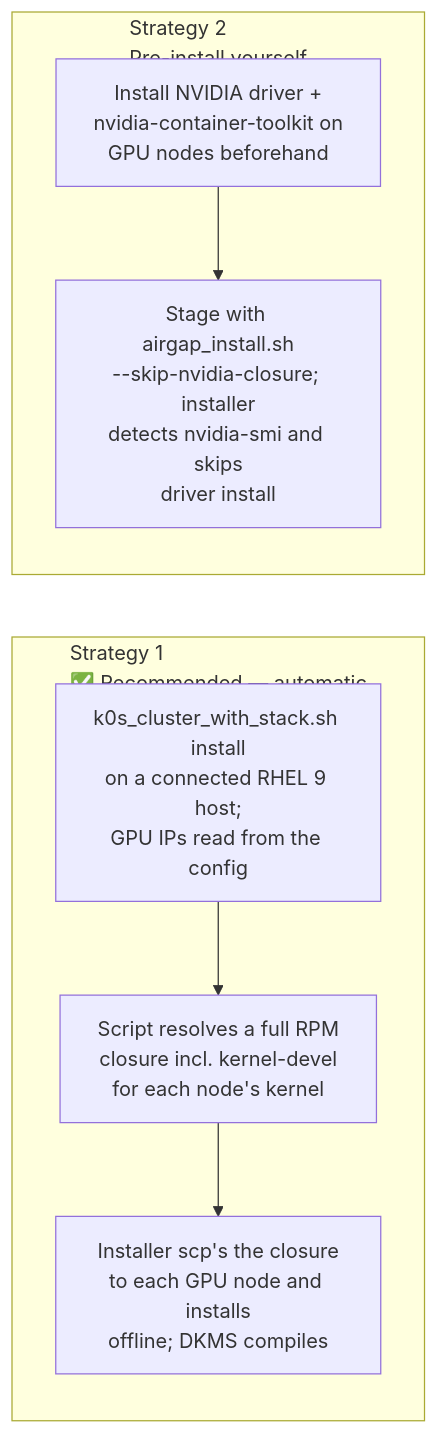
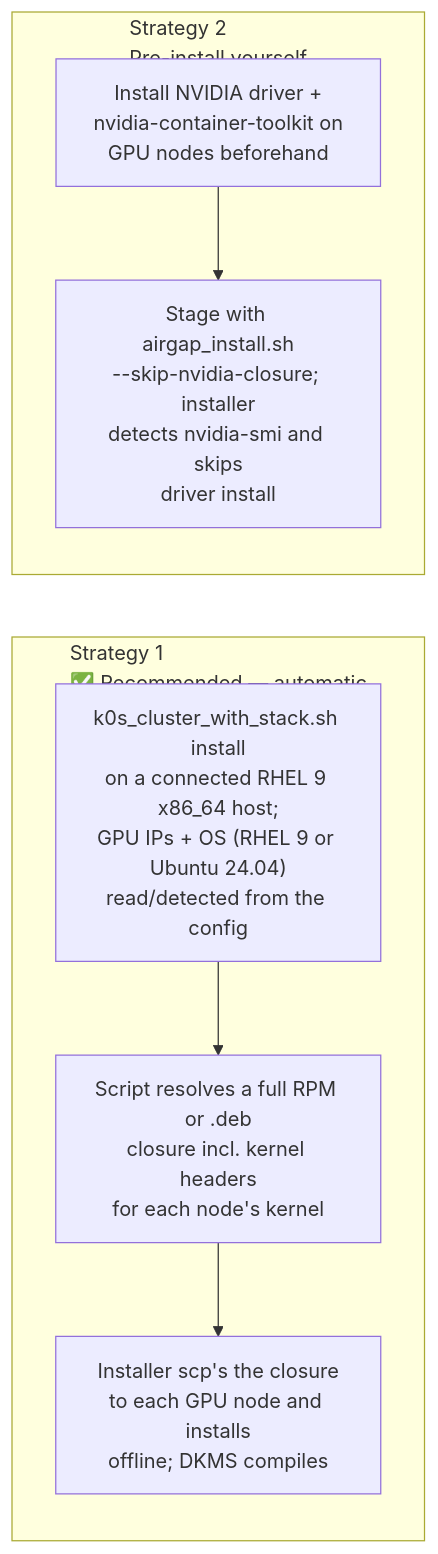
One commit to splunk/splunk-ai-operator changed the tenth of 11 diagrams in tools/cluster_setup/DEPLOYMENT_GUIDE.md. Above: the diagram before and after it, drawn with Mermaid. The commit also changed other lines of this file and 1 other file, not shown here.

First line of the commit message:
docs: add Ubuntu 24.04 GPU driver support to deployment docs, clarify GPU sizing

````diff
--- a/tools/cluster_setup/DEPLOYMENT_GUIDE.md
+++ b/tools/cluster_setup/DEPLOYMENT_GUIDE.md
@@ -764,15 +768,15 @@
 ```mermaid
 flowchart LR
     subgraph S1["Strategy 1\n✅ Recommended — automatic"]
-        S1A["k0s_cluster_with_stack.sh install\non a connected RHEL 9 host;\nGPU IPs read from the config"]
-        S1B["Script resolves a full RPM\nclosure incl. kernel-devel\nfor each node's kernel"]
+        S1A["k0s_cluster_with_stack.sh install\non a connected RHEL 9 x86_64 host;\nGPU IPs + OS (RHEL 9 or Ubuntu 24.04)\nread/detected from the config"]
+        S1B["Script resolves a full RPM or .deb\nclosure incl. kernel headers\nfor each node's kernel"]
         S1C["Installer scp's the closure\nto each GPU node and installs\noffline; DKMS compiles"]
         S1A --> S1B --> S1C
     end
 
     subgraph S2["Strategy 2\nPre-install yourself"]
         S2A["Install NVIDIA driver +\nnvidia-container-toolkit on\nGPU nodes beforehand"]
         S2B["Stage with airgap_install.sh\n--skip-nvidia-closure; installer\ndetects nvidia-smi and skips\ndriver install"]
         S2A --> S2B
     end
 ```
````
